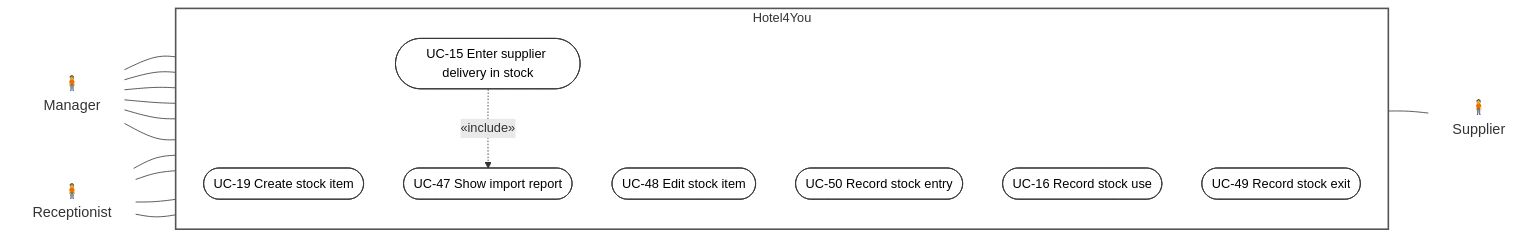
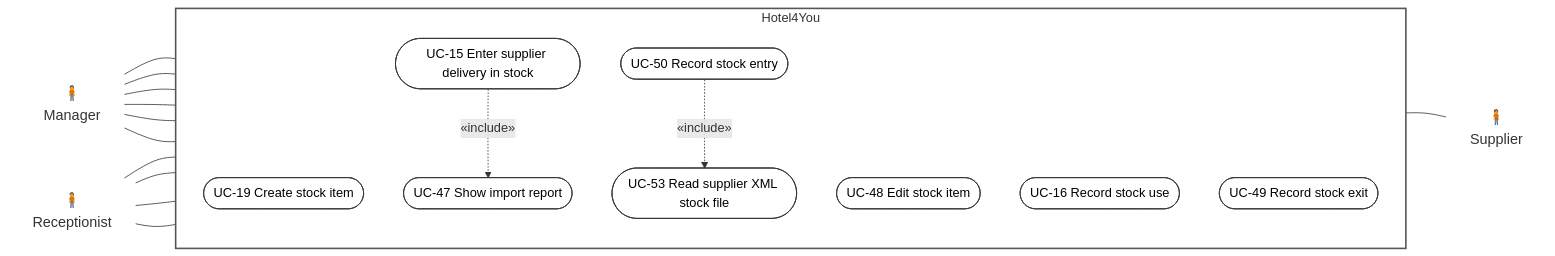
One commit to BorjaTiago/hotel4you changed the seventh of 7 diagrams in docs/uml/use-cases.md. Above: the diagram before and after it, drawn with Mermaid. The commit also changed other lines of this file and 2 other files, not shown here.

First line of the commit message:
H4Y-7 add retro include relations to use-case diagrams

````diff
--- a/docs/uml/use-cases.md
+++ b/docs/uml/use-cases.md
@@ -263,38 +273,41 @@
 ```mermaid
 flowchart LR
   %% Requirements: RF-28, RF-29. Decisions: Q-10, Q-17, Q-21, Q-34, Q-38, PR #20 decision (2026-10-21).
   Manager["🧍<br/>Manager"]:::actor
   Receptionist["🧍<br/>Receptionist"]:::actor
 
   subgraph Hotel4You["Hotel4You"]
     direction TB
     UC19(["UC-19 Create stock item"]):::uc
     UC48(["UC-48 Edit stock item"]):::uc
     UC15(["UC-15 Enter supplier delivery in stock"]):::uc
     UC47(["UC-47 Show import report"]):::uc
     UC50(["UC-50 Record stock entry"]):::uc
+    UC53(["UC-53 Read supplier XML stock file"]):::uc
     UC16(["UC-16 Record stock use"]):::uc
     UC49(["UC-49 Record stock exit"]):::uc
   end
 
   Supplier["🧍<br/>Supplier"]:::actor
 
   Manager --- UC19
   Manager --- UC48
   Manager --- UC15
   Receptionist --- UC15
   Manager --- UC50
   Receptionist --- UC50
   Manager --- UC16
   Receptionist --- UC16
   Manager --- UC49
   Receptionist --- UC49
   UC15 --- Supplier
   UC47 ~~~ Supplier
 
   UC15 -.->|"«include»"| UC47
+  UC50 -.->|"«include»"| UC53
+  UC53 ~~~ Supplier
 
   classDef actor fill:none,stroke:none,font-size:18px
   classDef uc fill:#ffffff,stroke:#333333,color:#000000
   style Hotel4You fill:none,stroke:#555555,stroke-width:2px
 ```
````
